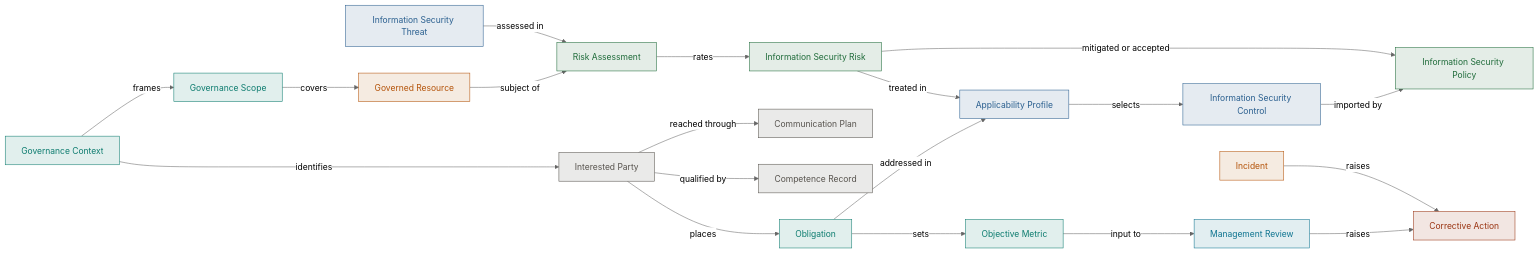
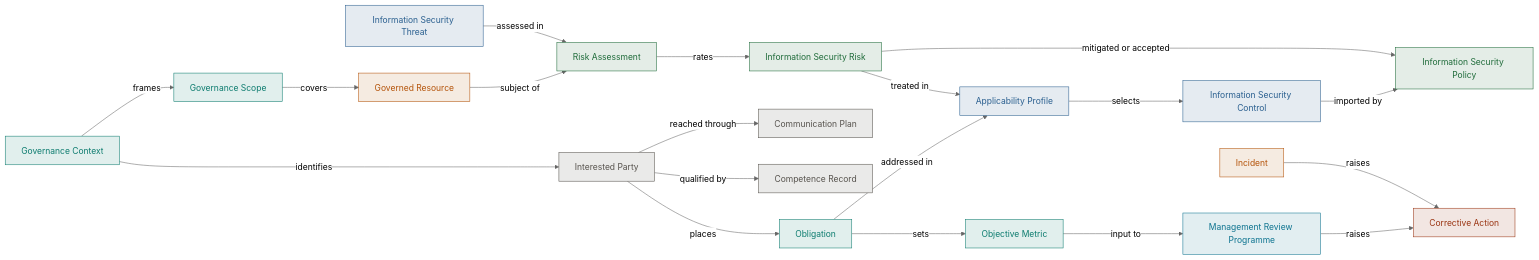
One commit to risk-first/ten-factor-governance changed the diagram in docs/artifacts/iso-iec/iso27001/index.mdx. Above: the diagram before and after it, drawn with Mermaid (neutral theme). The commit also changed 37 other files, not shown here.

````diff
--- a/docs/artifacts/iso-iec/iso27001/index.mdx
+++ b/docs/artifacts/iso-iec/iso27001/index.mdx
@@ -47,73 +47,73 @@
 ```mermaid
 flowchart LR
   GovernanceContext["Governance Context"] -->|frames| GovernanceScope["Governance Scope"]
   GovernanceContext -->|identifies| InterestedParty["Interested Party"]
   InterestedParty -->|places| Obligation
   InterestedParty -->|reached through| CommunicationPlan["Communication Plan"]
   InterestedParty -->|qualified by| CompetenceRecord["Competence Record"]
 
   GovernanceScope -->|covers| GovernedResource["Governed Resource"]
   GovernedResource -->|subject of| RiskAssessment["Risk Assessment"]
   Threat["Information Security Threat"] -->|assessed in| RiskAssessment
   RiskAssessment -->|rates| Risk["Information Security Risk"]
 
   Obligation -->|addressed in| ApplicabilityProfile["Applicability Profile"]
   Risk -->|treated in| ApplicabilityProfile
   ApplicabilityProfile -->|selects| Control["Information Security Control"]
   Control -->|imported by| Policy["Information Security Policy"]
   Risk -->|mitigated or accepted| Policy
 
   Obligation -->|sets| ObjectiveMetric["Objective Metric"]
-  ObjectiveMetric -->|input to| ManagementReview["Management Review"]
-  ManagementReview -->|raises| CorrectiveAction["Corrective Action"]
+  ObjectiveMetric -->|input to| ManagementReviewProgramme["Management Review Programme"]
+  ManagementReviewProgramme -->|raises| CorrectiveAction["Corrective Action"]
   Incident -->|raises| CorrectiveAction
 
   %% Layer 1 — Define (--gf-band-define-soft)
   style GovernanceContext fill:#e1efed,stroke:#0d7c6f,color:#0d7c6f
   style GovernanceScope fill:#e1efed,stroke:#0d7c6f,color:#0d7c6f
   style Obligation fill:#e1efed,stroke:#0d7c6f,color:#0d7c6f
   style ObjectiveMetric fill:#e1efed,stroke:#0d7c6f,color:#0d7c6f
 
   %% Layer 2 — Assess (--gf-band-assess-soft)
   style Threat fill:#e5ebf1,stroke:#2a5f8f,color:#2a5f8f
   style ApplicabilityProfile fill:#e5ebf1,stroke:#2a5f8f,color:#2a5f8f
   style Control fill:#e5ebf1,stroke:#2a5f8f,color:#2a5f8f
 
   %% Layer 3 — Decide (--gf-band-decide-soft)
   style RiskAssessment fill:#e4ede7,stroke:#1f6b3a,color:#1f6b3a
   style Risk fill:#e4ede7,stroke:#1f6b3a,color:#1f6b3a
   style Policy fill:#e4ede7,stroke:#1f6b3a,color:#1f6b3a
 
   %% Layer 4 — Operate (--gf-band-operate-soft)
   style GovernedResource fill:#f5ebe1,stroke:#b45309,color:#b45309
   style Incident fill:#f5ebe1,stroke:#b45309,color:#b45309
 
   %% Layer 5 — Evaluate (--gf-band-evaluate-soft)
-  style ManagementReview fill:#e2eef1,stroke:#0e7490,color:#0e7490
+  style ManagementReviewProgramme fill:#e2eef1,stroke:#0e7490,color:#0e7490
 
   %% Layer 6 — Enforce (--gf-band-enforce-soft)
   style CorrectiveAction fill:#f2e6e2,stroke:#9a3412,color:#9a3412
 
   %% Cross-cutting (--gf-band-cross-soft)
   style InterestedParty fill:#eaeae9,stroke:#57534e,color:#57534e
   style CommunicationPlan fill:#eaeae9,stroke:#57534e,color:#57534e
   style CompetenceRecord fill:#eaeae9,stroke:#57534e,color:#57534e
 
   click GovernanceContext "/docs/artifacts/definitions/define/organisation-context" "Governance Context"
   click GovernanceScope "/docs/artifacts/definitions/define/aims-scope" "Governance Scope"
   click InterestedParty "/docs/artifacts/definitions/cross-cutting/party-register" "Interested Party"
   click Obligation "/docs/artifacts/definitions/define/stakeholder-requirement" "Obligation"
   click CommunicationPlan "/docs/artifacts/definitions/cross-cutting/communication-requirement" "Communication Plan"
   click CompetenceRecord "/docs/artifacts/definitions/cross-cutting/competence-record" "Competence Record"
   click GovernedResource "/docs/artifacts/definitions/operate/governed-resource" "Governed Resource"
   click RiskAssessment "/docs/artifacts/definitions/decide/risk-assessment" "Risk Assessment"
   click Threat "/docs/artifacts/definitions/assess/threat" "Information Security Threat"
   click Risk "/docs/artifacts/definitions/decide/risk" "Information Security Risk"
   click ApplicabilityProfile "/docs/artifacts/definitions/assess/applicability-profile" "Applicability Profile"
   click Control "/docs/artifacts/definitions/assess/control" "Information Security Control"
   click Policy "/docs/artifacts/definitions/decide/policy" "Information Security Policy"
   click ObjectiveMetric "/docs/artifacts/definitions/define/management-objective" "Objective Metric"
-  click ManagementReview "/docs/artifacts/definitions/evaluate/management-review" "Management Review"
+  click ManagementReviewProgramme "/docs/artifacts/definitions/evaluate/management-review" "Management Review Programme"
   click CorrectiveAction "/docs/artifacts/definitions/enforce/corrective-action" "Corrective Action"
   click Incident "/docs/artifacts/definitions/operate/incident" "Incident"
 ```
````
